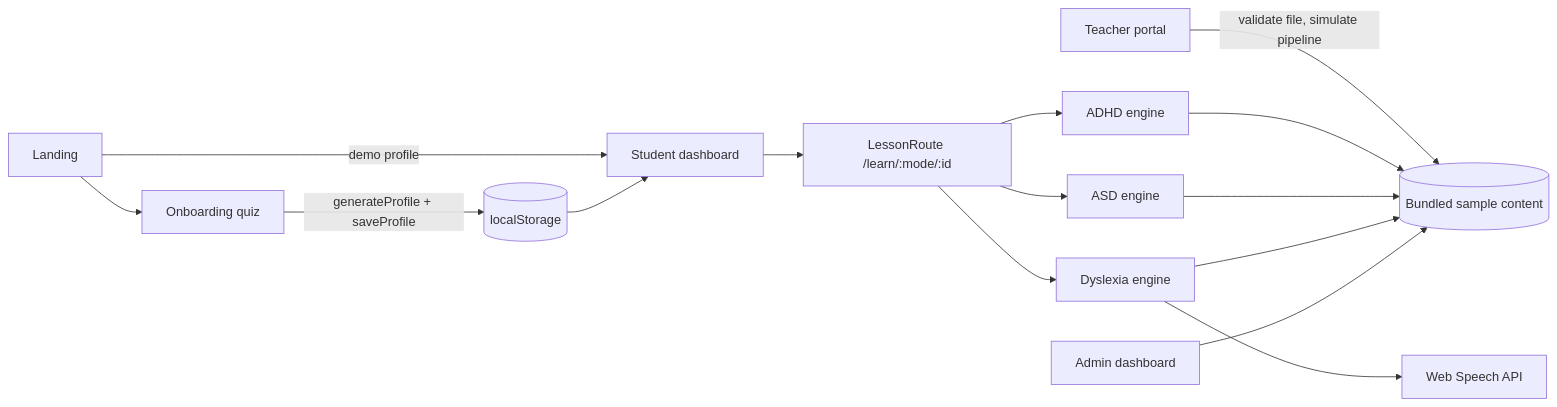
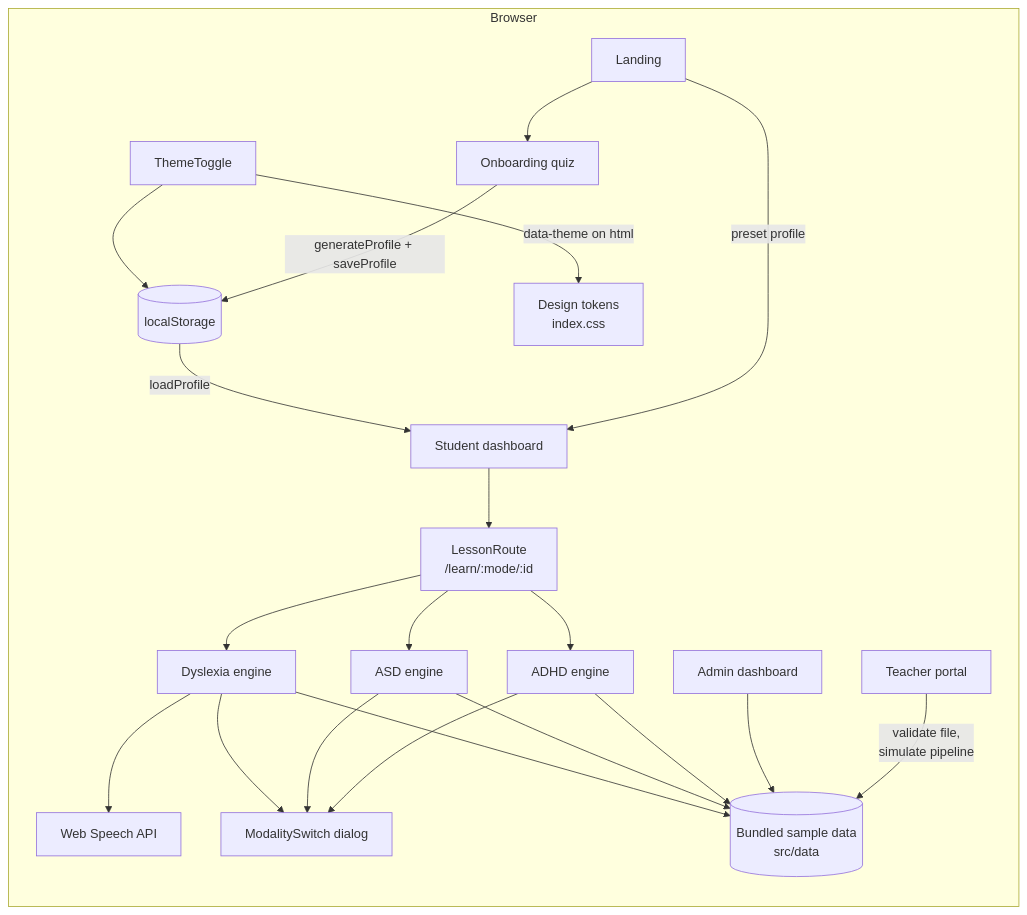
One commit to jeevithg090/NueroAI_Demo changed the diagram in README.md. Above: the diagram before and after it, drawn with Mermaid. The commit also changed other lines of this file, not shown here.

Commit message:
docs: expand README with walkthrough, configuration, design system and FAQ

````diff
--- a/README.md
+++ b/README.md
@@ -49,15 +156,20 @@
 ```mermaid
 flowchart LR
-  L[Landing] -->|demo profile| S[Student dashboard]
-  L --> O[Onboarding quiz]
-  O -->|generateProfile + saveProfile| LS[(localStorage)]
-  LS --> S
-  S --> R["LessonRoute /learn/:mode/:id"]
-  R --> A[ADHD engine]
-  R --> D[ASD engine]
-  R --> X[Dyslexia engine]
-  X --> TTS[Web Speech API]
-  T[Teacher portal] -->|validate file, simulate pipeline| DATA[(Bundled sample content)]
-  A & D & X --> DATA
-  AD[Admin dashboard] --> DATA
+  subgraph Browser
+    L[Landing] -->|preset profile| S[Student dashboard]
+    L --> O[Onboarding quiz]
+    O -->|generateProfile + saveProfile| LS[(localStorage)]
+    LS -->|loadProfile| S
+    S --> R["LessonRoute<br/>/learn/:mode/:id"]
+    R --> A[ADHD engine]
+    R --> D[ASD engine]
+    R --> X[Dyslexia engine]
+    X --> TTS[Web Speech API]
+    A & D & X --> M[ModalitySwitch dialog]
+    T[Teacher portal] -->|validate file,<br/>simulate pipeline| DATA
+    AD[Admin dashboard] --> DATA
+    A & D & X --> DATA[(Bundled sample data<br/>src/data)]
+    TH[ThemeToggle] -->|data-theme on html| CSS[Design tokens<br/>index.css]
+    TH --> LS
+  end
 ```
````
